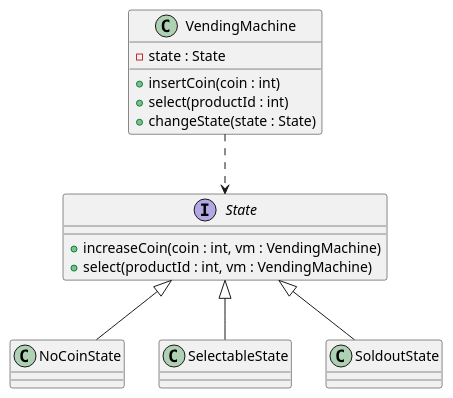
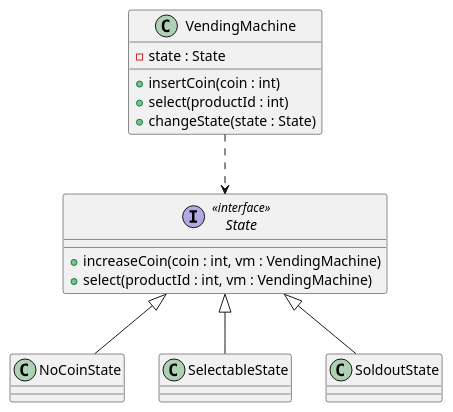
The diagram in uml/state.puml (wkdehdlr/TIL), drawn with PlantUML before and after one commit. The commit also changed 1 other file, not shown here.

```diff
--- a/uml/state.puml
+++ b/uml/state.puml
@@ -1,26 +1,26 @@
 @startuml
 'https://plantuml.com/class-diagram
 
-interface State {
+interface State<<interface>> {
 + increaseCoin(coin : int, vm : VendingMachine)
 + select(productId : int, vm : VendingMachine)
 }
 class VendingMachine {
 - state : State
 + insertCoin(coin : int)
 + select(productId : int)
 + changeState(state : State)
 }
 class NoCoinState {
 }
 class SelectableState {
 }
 class SoldoutState {
 }
 
 State <|-- NoCoinState
 State <|-- SelectableState
 State <|-- SoldoutState
 VendingMachine ..> State
 
 @enduml
```
